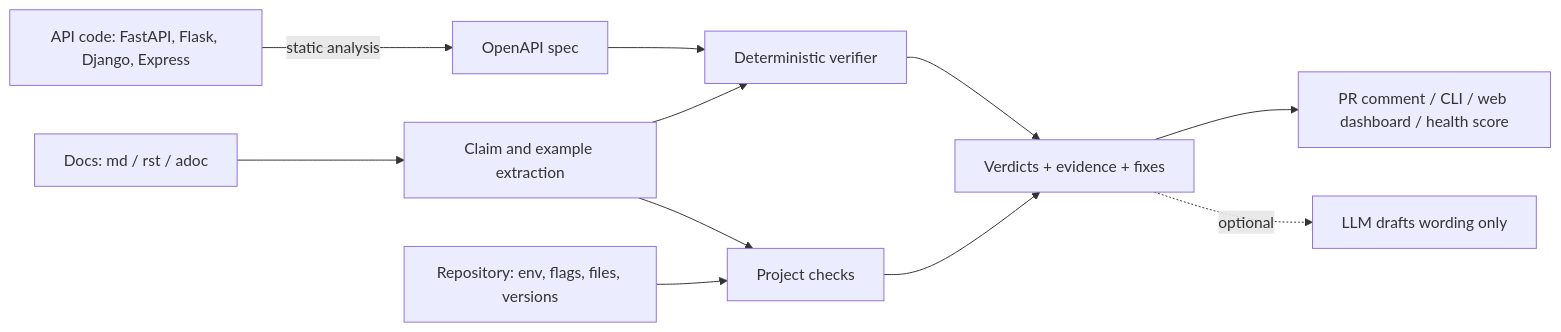
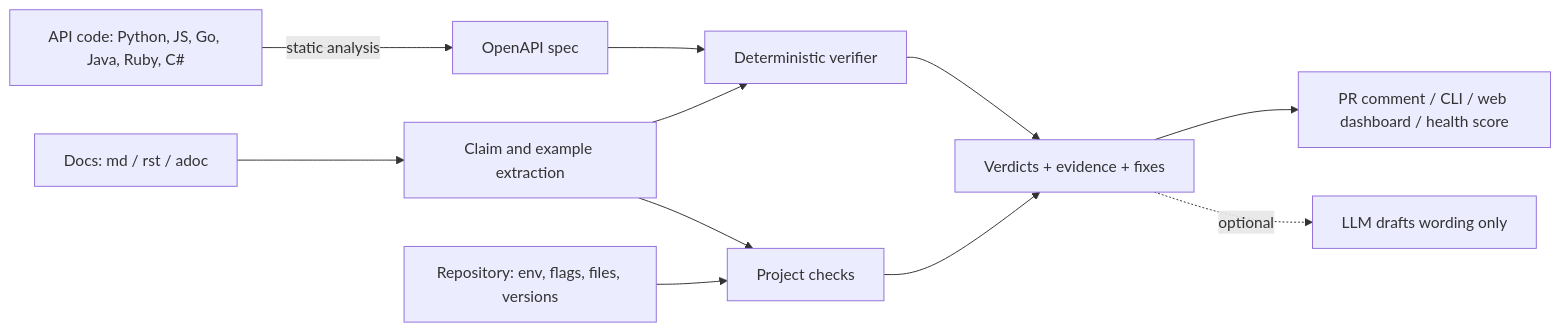
One commit to SaiArjunMadikonda/ai-doc-verifier changed the diagram in README.md. Above: the diagram before and after it, drawn with Mermaid. The commit also changed other lines of this file and 13 other files, not shown here.

````diff
--- a/README.md
+++ b/README.md
@@ -284,13 +329,13 @@
 ```mermaid
 flowchart LR
     D[Docs: md / rst / adoc] --> C[Claim and example extraction]
     S[OpenAPI spec] --> V
-    K[API code: FastAPI, Flask, Django, Express] -->|static analysis| S
+    K[API code: Python, JS, Go, Java, Ruby, C#] -->|static analysis| S
     C --> V[Deterministic verifier]
     R[Repository: env, flags, files, versions] --> P[Project checks]
     C --> P
     V --> H[Verdicts + evidence + fixes]
     P --> H
     H --> O[PR comment / CLI / web dashboard / health score]
     H -.->|optional| L[LLM drafts wording only]
 ```
````
